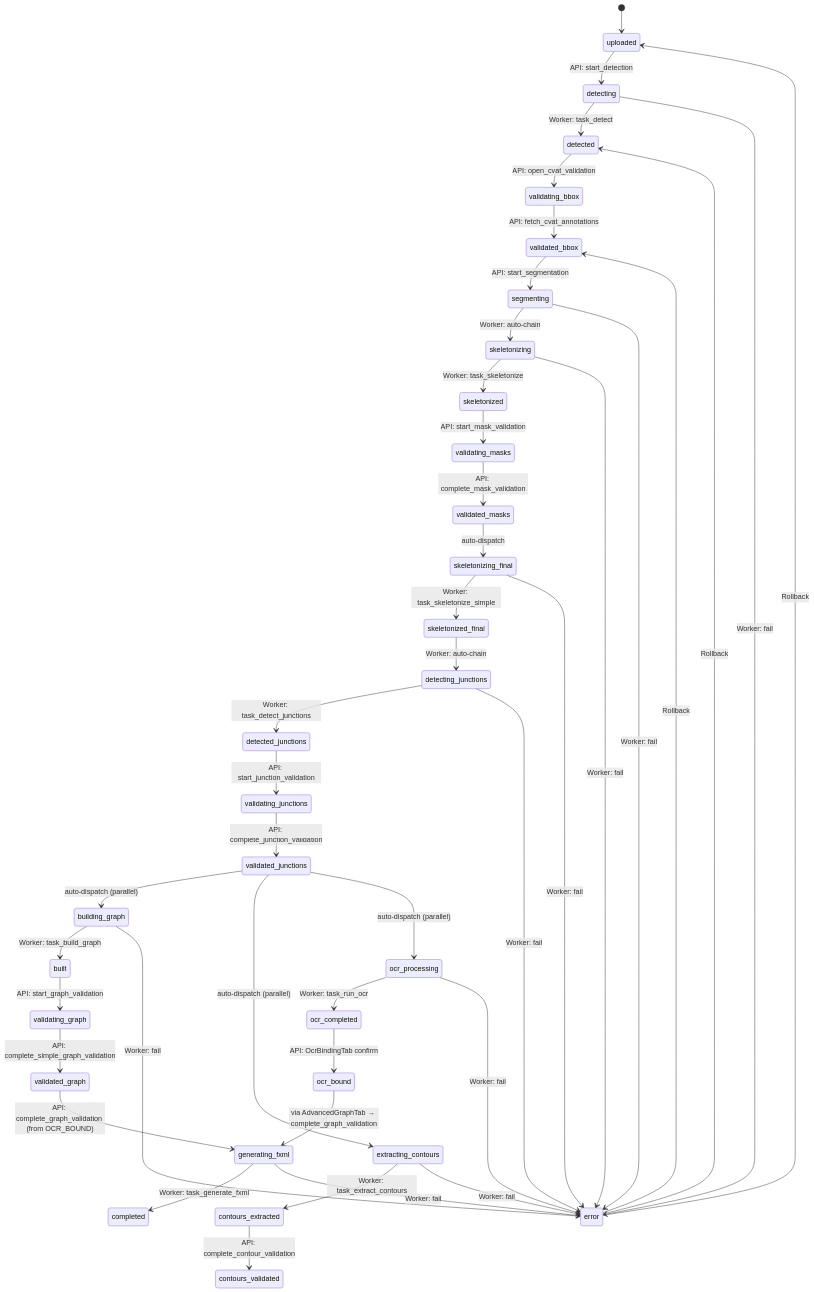
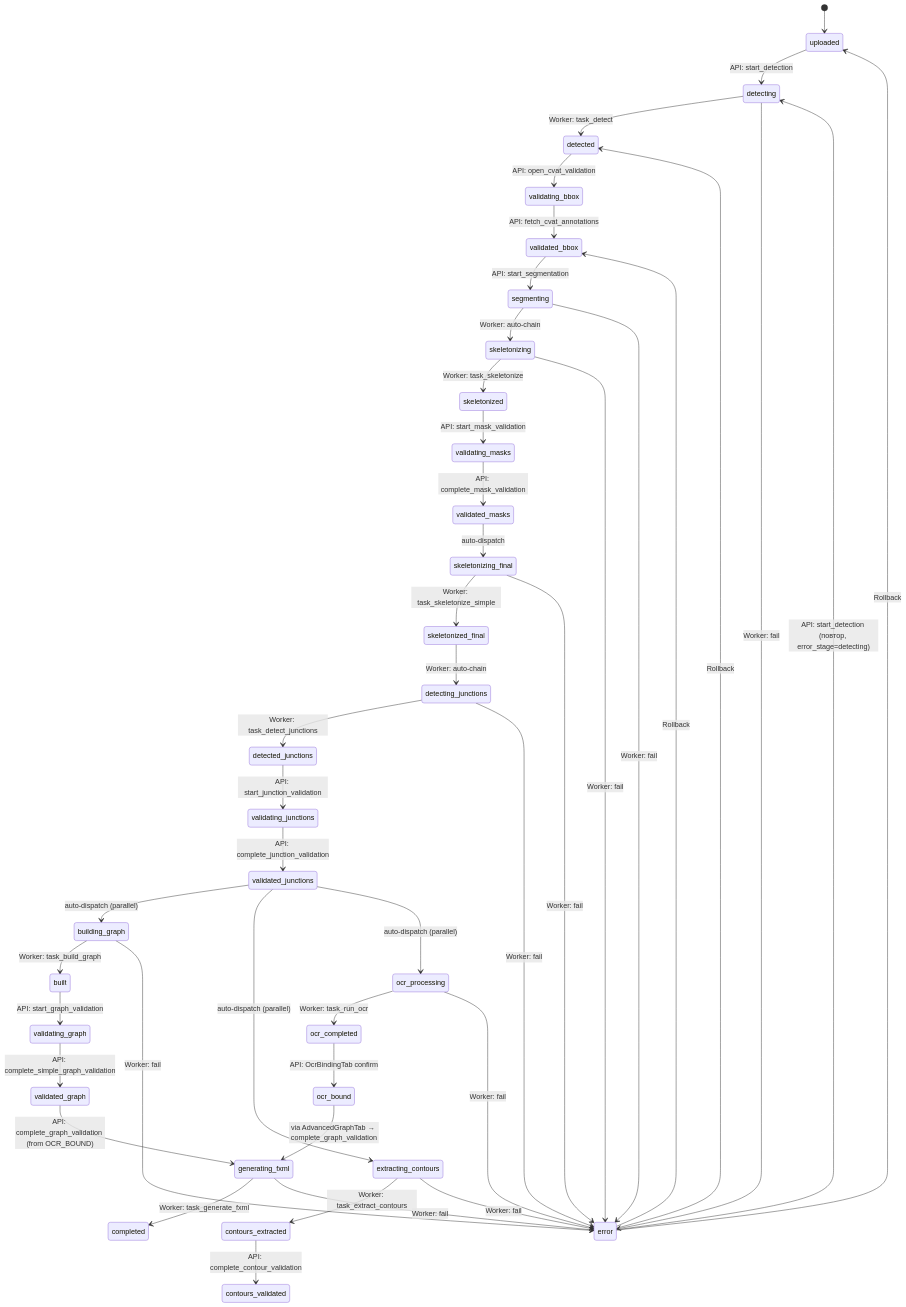
One commit to gromli66/pid-pipeline changed the diagram in docs/STATUS_MACHINE.md. Above: the diagram before and after it, drawn with Mermaid. The commit also changed other lines of this file and 4 other files, not shown here.

````diff
--- a/docs/STATUS_MACHINE.md
+++ b/docs/STATUS_MACHINE.md
@@ -61,57 +61,58 @@
 ```mermaid
 stateDiagram-v2
     [*] --> uploaded
 
     uploaded --> detecting : API: start_detection
     detecting --> detected : Worker: task_detect
     detecting --> error : Worker: fail
 
     detected --> validating_bbox : API: open_cvat_validation
     validating_bbox --> validated_bbox : API: fetch_cvat_annotations
 
     validated_bbox --> segmenting : API: start_segmentation
     segmenting --> skeletonizing : Worker: auto-chain
     skeletonizing --> skeletonized : Worker: task_skeletonize
     segmenting --> error : Worker: fail
     skeletonizing --> error : Worker: fail
 
     skeletonized --> validating_masks : API: start_mask_validation
     validating_masks --> validated_masks : API: complete_mask_validation
 
     validated_masks --> skeletonizing_final : auto-dispatch
     skeletonizing_final --> skeletonized_final : Worker: task_skeletonize_simple
     skeletonized_final --> detecting_junctions : Worker: auto-chain
     detecting_junctions --> detected_junctions : Worker: task_detect_junctions
     skeletonizing_final --> error : Worker: fail
     detecting_junctions --> error : Worker: fail
 
     detected_junctions --> validating_junctions : API: start_junction_validation
     validating_junctions --> validated_junctions : API: complete_junction_validation
 
     validated_junctions --> building_graph : auto-dispatch (parallel)
     validated_junctions --> extracting_contours : auto-dispatch (parallel)
     validated_junctions --> ocr_processing : auto-dispatch (parallel)
 
     building_graph --> built : Worker: task_build_graph
     built --> validating_graph : API: start_graph_validation
     validating_graph --> validated_graph : API: complete_simple_graph_validation
 
     extracting_contours --> contours_extracted : Worker: task_extract_contours
     contours_extracted --> contours_validated : API: complete_contour_validation
 
     ocr_processing --> ocr_completed : Worker: task_run_ocr
     ocr_completed --> ocr_bound : API: OcrBindingTab confirm
 
     validated_graph --> generating_fxml : API: complete_graph_validation (from OCR_BOUND)
     ocr_bound --> generating_fxml : via AdvancedGraphTab → complete_graph_validation
     generating_fxml --> completed : Worker: task_generate_fxml
 
     building_graph --> error : Worker: fail
     extracting_contours --> error : Worker: fail
     ocr_processing --> error : Worker: fail
     generating_fxml --> error : Worker: fail
 
+    error --> detecting : API: start_detection (повтор, error_stage=detecting)
     error --> uploaded : Rollback
     error --> detected : Rollback
     error --> validated_bbox : Rollback
 ```
````
